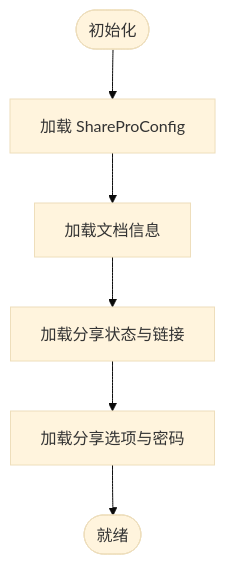
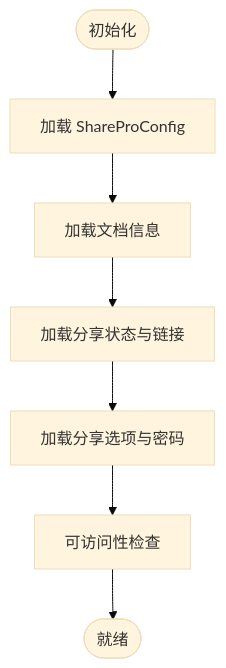
One commit to terwerinc/siyuan-plugin-share-pro changed the sixth of 7 diagrams in .qoder/repowiki/zh/content/UI组件系统/页面组件.md. Above: the diagram before and after it, drawn with Mermaid (base theme). The commit also changed other lines of this file and 10 other files, not shown here.

````diff
--- a/.qoder/repowiki/zh/content/UI组件系统/页面组件.md
+++ b/.qoder/repowiki/zh/content/UI组件系统/页面组件.md
@@ -280,8 +310,9 @@
 ```mermaid
 flowchart TD
 Init(["初始化"]) --> LoadCfg["加载 ShareProConfig"]
 LoadCfg --> LoadDoc["加载文档信息"]
 LoadDoc --> LoadShare["加载分享状态与链接"]
 LoadShare --> LoadOpts["加载分享选项与密码"]
-LoadOpts --> Ready(["就绪"])
+LoadOpts --> AccessibilityCheck["可访问性检查"]
+AccessibilityCheck --> Ready(["就绪"])
 ```
````
